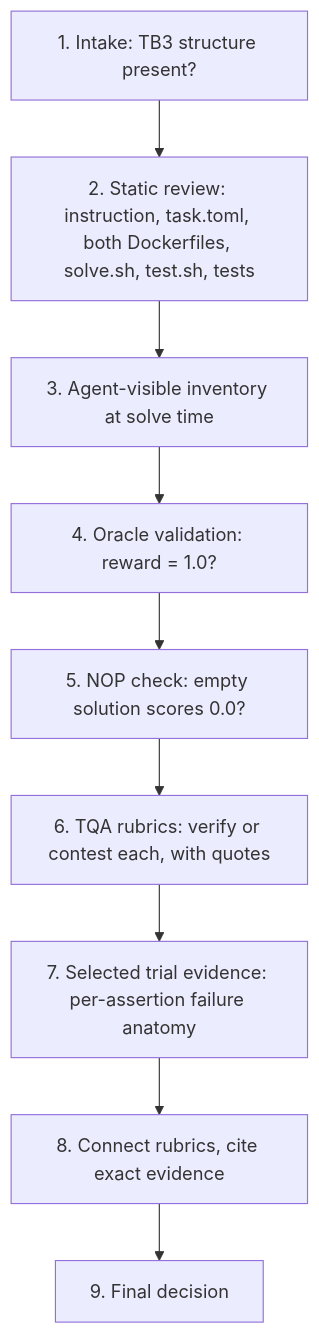
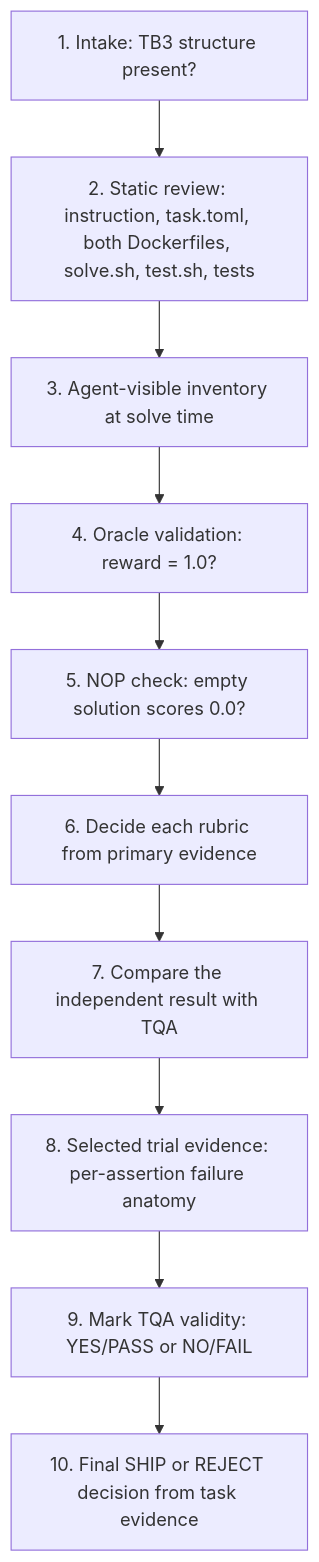
One commit to rajusirigineedi/MIT-03-QA changed the diagram in workflow-docs/code-review-workflow.md. Above: the diagram before and after it, drawn with Mermaid. The commit also changed other lines of this file and 12 other files, not shown here.

````diff
--- a/workflow-docs/code-review-workflow.md
+++ b/workflow-docs/code-review-workflow.md
@@ -359,11 +377,12 @@
 ```mermaid
 flowchart TD
     Intake["1. Intake: TB3 structure present?"] --> Static["2. Static review: instruction, task.toml, both Dockerfiles, solve.sh, test.sh, tests"]
     Static --> Visible["3. Agent-visible inventory at solve time"]
     Visible --> Oracle["4. Oracle validation: reward = 1.0?"]
     Oracle --> Nop["5. NOP check: empty solution scores 0.0?"]
-    Nop --> Tqa["6. TQA rubrics: verify or contest each, with quotes"]
-    Tqa --> Traj["7. Selected trial evidence: per-assertion failure anatomy"]
-    Traj --> Portal["8. Connect rubrics, cite exact evidence"]
-    Portal --> Decision["9. Final decision"]
+    Nop --> Independent["6. Decide each rubric from primary evidence"]
+    Independent --> Tqa["7. Compare the independent result with TQA"]
+    Tqa --> Traj["8. Selected trial evidence: per-assertion failure anatomy"]
+    Traj --> Portal["9. Mark TQA validity: YES/PASS or NO/FAIL"]
+    Portal --> Decision["10. Final SHIP or REJECT decision from task evidence"]
 ```
````
